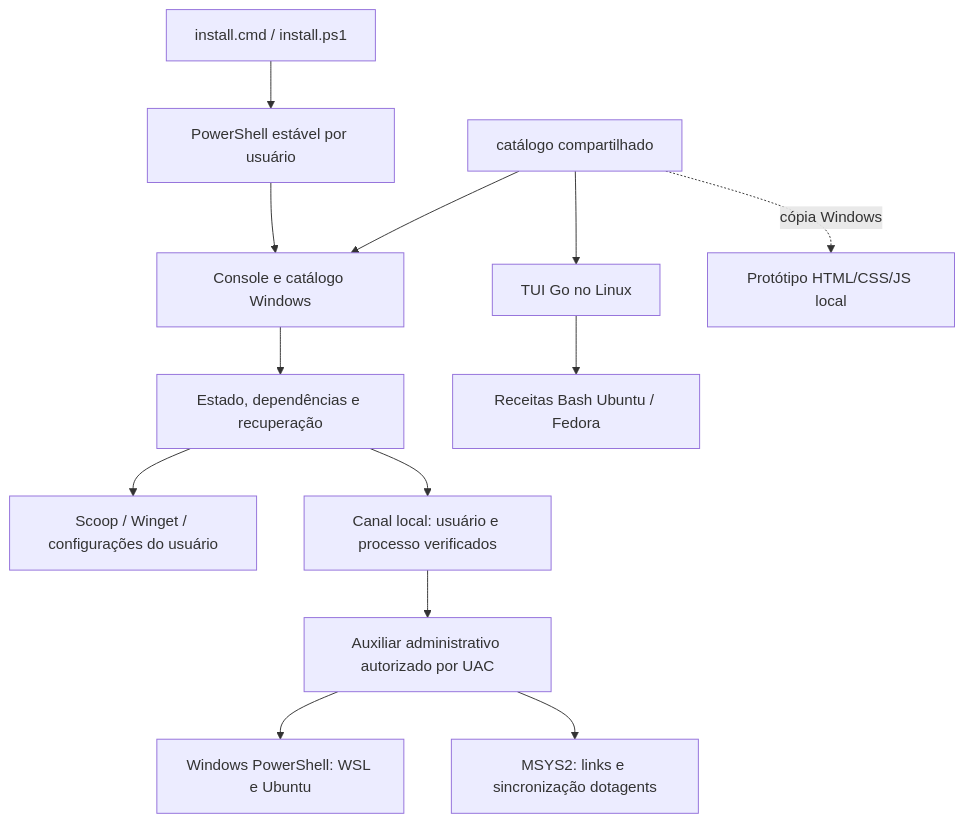
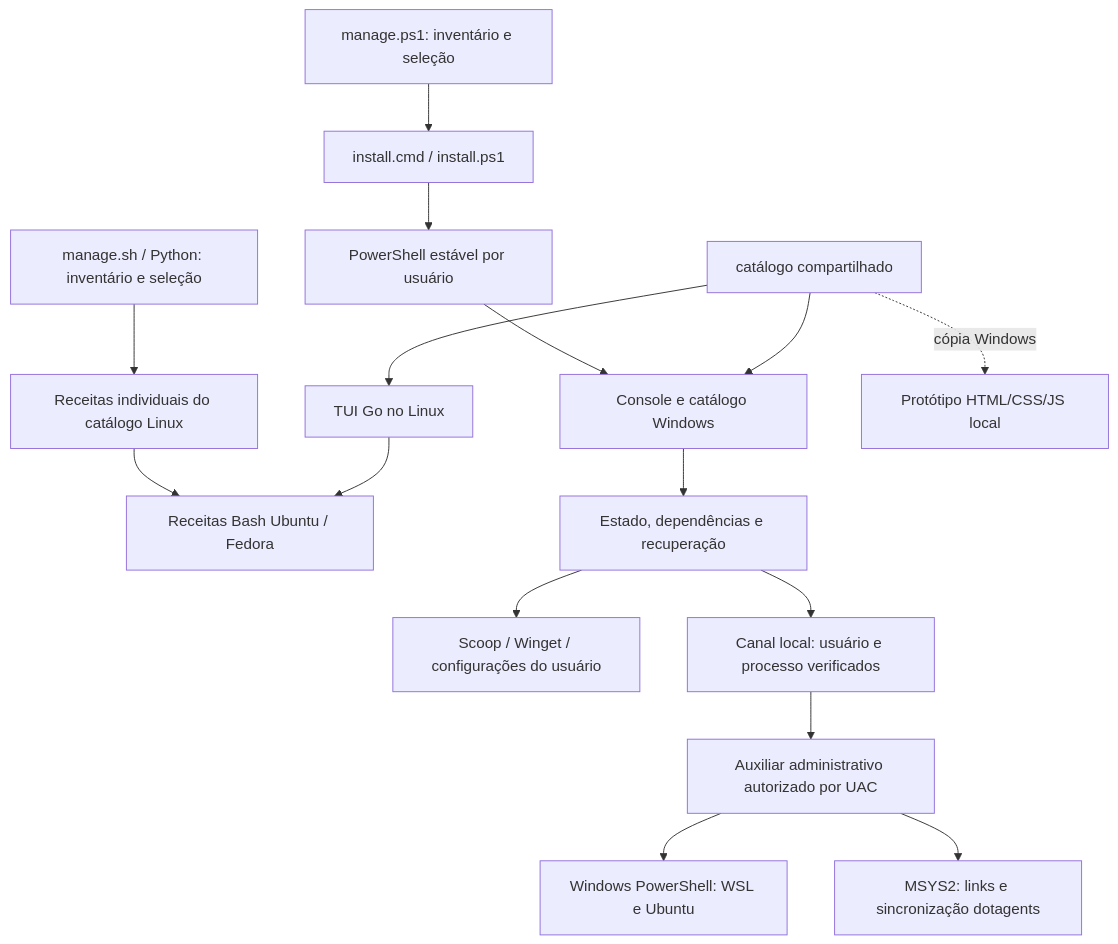
The diagram in docs/architecture.md (dougkusanagi/guepardo-fresh-os-config), drawn with Mermaid before and after one commit. The commit also changed 18 other files, not shown here.

````diff
--- a/docs/architecture.md
+++ b/docs/architecture.md
@@ -3,15 +3,18 @@
 ```mermaid
 flowchart TD
+    ManageWin[manage.ps1: inventário e seleção] --> Launcher
+    ManageLinux[manage.sh / Python: inventário e seleção] --> Individual[Receitas individuais do catálogo Linux]
+    Individual --> Bash
     Launcher[install.cmd / install.ps1] --> Runtime[PowerShell estável por usuário]
     Runtime --> Menu[Console e catálogo Windows]
     Menu --> Engine[Estado, dependências e recuperação]
     Engine --> User[Scoop / Winget / configurações do usuário]
     Engine --> Pipe[Canal local: usuário e processo verificados]
     Pipe --> Admin[Auxiliar administrativo autorizado por UAC]
     Admin --> WSL[Windows PowerShell: WSL e Ubuntu]
     Admin --> MSYS[MSYS2: links e sincronização dotagents]
     Catalog[catálogo compartilhado] --> Menu
     Catalog --> Go[TUI Go no Linux]
     Go --> Bash[Receitas Bash Ubuntu / Fedora]
     Catalog -. cópia Windows .-> Prototype[Protótipo HTML/CSS/JS local]
 ```
````
